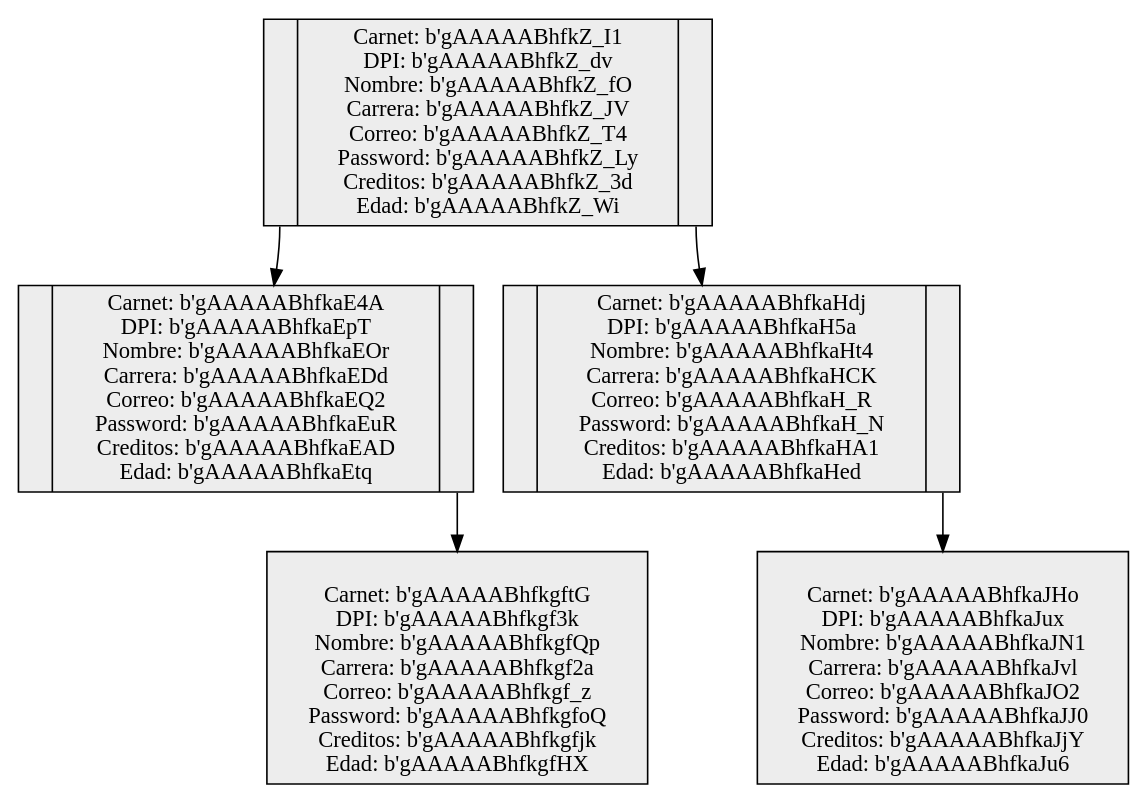
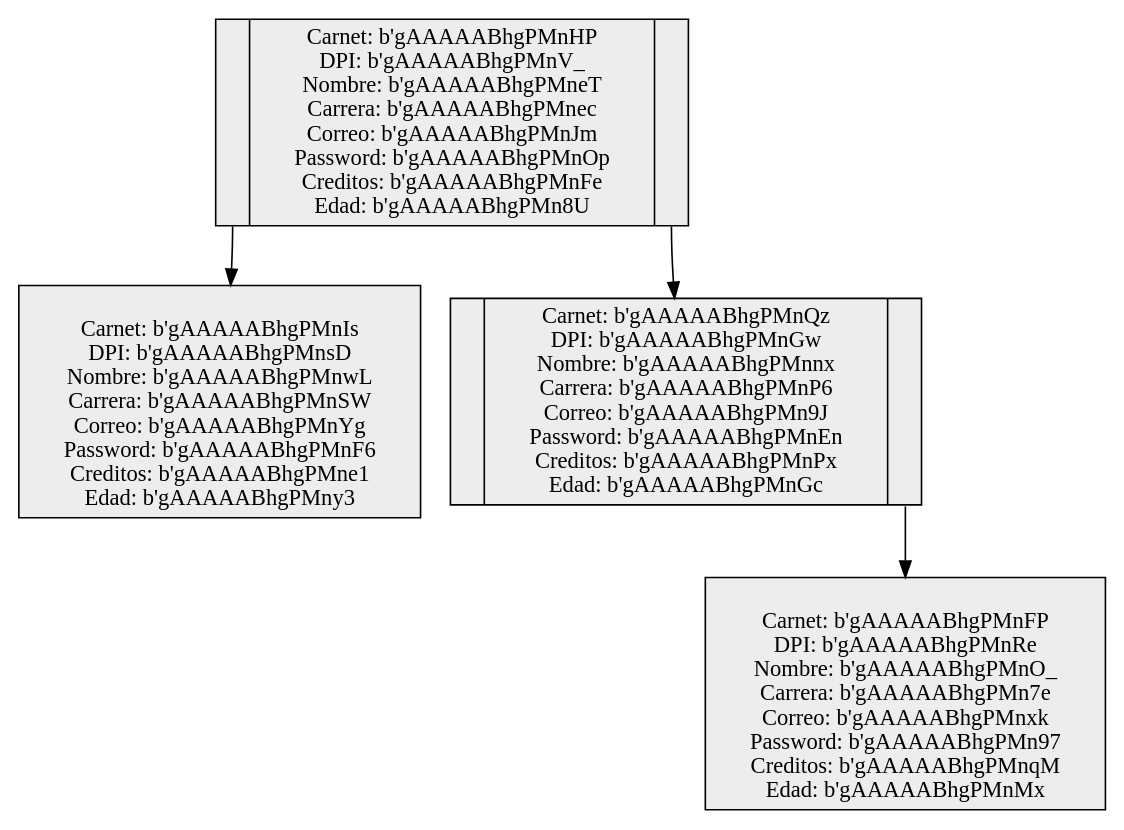
One commit to BrayanPradoMarroquin/EDD_SmartClass_201801369 changed the diagram in FASE 2/FRONTEND/front/src/assets/ArbolAVLEncrypt.dot. Above: the diagram before and after it, drawn with Graphviz. The commit also changed 14 other files, not shown here.

```diff
--- a/FASE 2/FRONTEND/front/src/assets/ArbolAVLEncrypt.dot
+++ b/FASE 2/FRONTEND/front/src/assets/ArbolAVLEncrypt.dot
@@ -1,13 +1,11 @@
 digraph G { 
 rankdir=TB; 
 node [shape = record, color=black , style=filled, fillcolor=gray93];
-nodo201822186 [ label ="<C0>| Carnet: b'gAAAAABhfkZ_I1\n DPI: b'gAAAAABhfkZ_dv\n Nombre: b'gAAAAABhfkZ_fO\n Carrera: b'gAAAAABhfkZ_JV\n Correo: b'gAAAAABhfkZ_T4\n Password: b'gAAAAABhfkZ_Ly\n Creditos: b'gAAAAABhfkZ_3d\n Edad: b'gAAAAABhfkZ_Wi|<C1>"];
-nodo201722412 [ label ="<C0>| Carnet: b'gAAAAABhfkaE4A\n DPI: b'gAAAAABhfkaEpT\n Nombre: b'gAAAAABhfkaEOr\n Carrera: b'gAAAAABhfkaEDd\n Correo: b'gAAAAABhfkaEQ2\n Password: b'gAAAAABhfkaEuR\n Creditos: b'gAAAAABhfkaEAD\n Edad: b'gAAAAABhfkaEtq|<C1>"];
-nodo201801369[ label="\n Carnet: b'gAAAAABhfkgftG\n DPI: b'gAAAAABhfkgf3k\n Nombre: b'gAAAAABhfkgfQp\n Carrera: b'gAAAAABhfkgf2a\n Correo: b'gAAAAABhfkgf_z\n Password: b'gAAAAABhfkgfoQ\n Creditos: b'gAAAAABhfkgfjk\n Edad: b'gAAAAABhfkgfHX"]; 
-nodo201722412:C1->nodo201801369
+nodo201822186 [ label ="<C0>| Carnet: b'gAAAAABhgPMnHP\n DPI: b'gAAAAABhgPMnV_\n Nombre: b'gAAAAABhgPMneT\n Carrera: b'gAAAAABhgPMnec\n Correo: b'gAAAAABhgPMnJm\n Password: b'gAAAAABhgPMnOp\n Creditos: b'gAAAAABhgPMnFe\n Edad: b'gAAAAABhgPMn8U|<C1>"];
+nodo201722412[ label="\n Carnet: b'gAAAAABhgPMnIs\n DPI: b'gAAAAABhgPMnsD\n Nombre: b'gAAAAABhgPMnwL\n Carrera: b'gAAAAABhgPMnSW\n Correo: b'gAAAAABhgPMnYg\n Password: b'gAAAAABhgPMnF6\n Creditos: b'gAAAAABhgPMne1\n Edad: b'gAAAAABhgPMny3"]; 
 nodo201822186:C0->nodo201722412
-nodo20210000003 [ label ="<C0>| Carnet: b'gAAAAABhfkaHdj\n DPI: b'gAAAAABhfkaH5a\n Nombre: b'gAAAAABhfkaHt4\n Carrera: b'gAAAAABhfkaHCK\n Correo: b'gAAAAABhfkaH_R\n Password: b'gAAAAABhfkaH_N\n Creditos: b'gAAAAABhfkaHA1\n Edad: b'gAAAAABhfkaHed|<C1>"];
-nodo20210000004[ label="\n Carnet: b'gAAAAABhfkaJHo\n DPI: b'gAAAAABhfkaJux\n Nombre: b'gAAAAABhfkaJN1\n Carrera: b'gAAAAABhfkaJvl\n Correo: b'gAAAAABhfkaJO2\n Password: b'gAAAAABhfkaJJ0\n Creditos: b'gAAAAABhfkaJjY\n Edad: b'gAAAAABhfkaJu6"]; 
+nodo20210000003 [ label ="<C0>| Carnet: b'gAAAAABhgPMnQz\n DPI: b'gAAAAABhgPMnGw\n Nombre: b'gAAAAABhgPMnnx\n Carrera: b'gAAAAABhgPMnP6\n Correo: b'gAAAAABhgPMn9J\n Password: b'gAAAAABhgPMnEn\n Creditos: b'gAAAAABhgPMnPx\n Edad: b'gAAAAABhgPMnGc|<C1>"];
+nodo20210000004[ label="\n Carnet: b'gAAAAABhgPMnFP\n DPI: b'gAAAAABhgPMnRe\n Nombre: b'gAAAAABhgPMnO_\n Carrera: b'gAAAAABhgPMn7e\n Correo: b'gAAAAABhgPMnxk\n Password: b'gAAAAABhgPMn97\n Creditos: b'gAAAAABhgPMnqM\n Edad: b'gAAAAABhgPMnMx"]; 
 nodo20210000003:C1->nodo20210000004
 nodo201822186:C1->nodo20210000003
 } 
```
